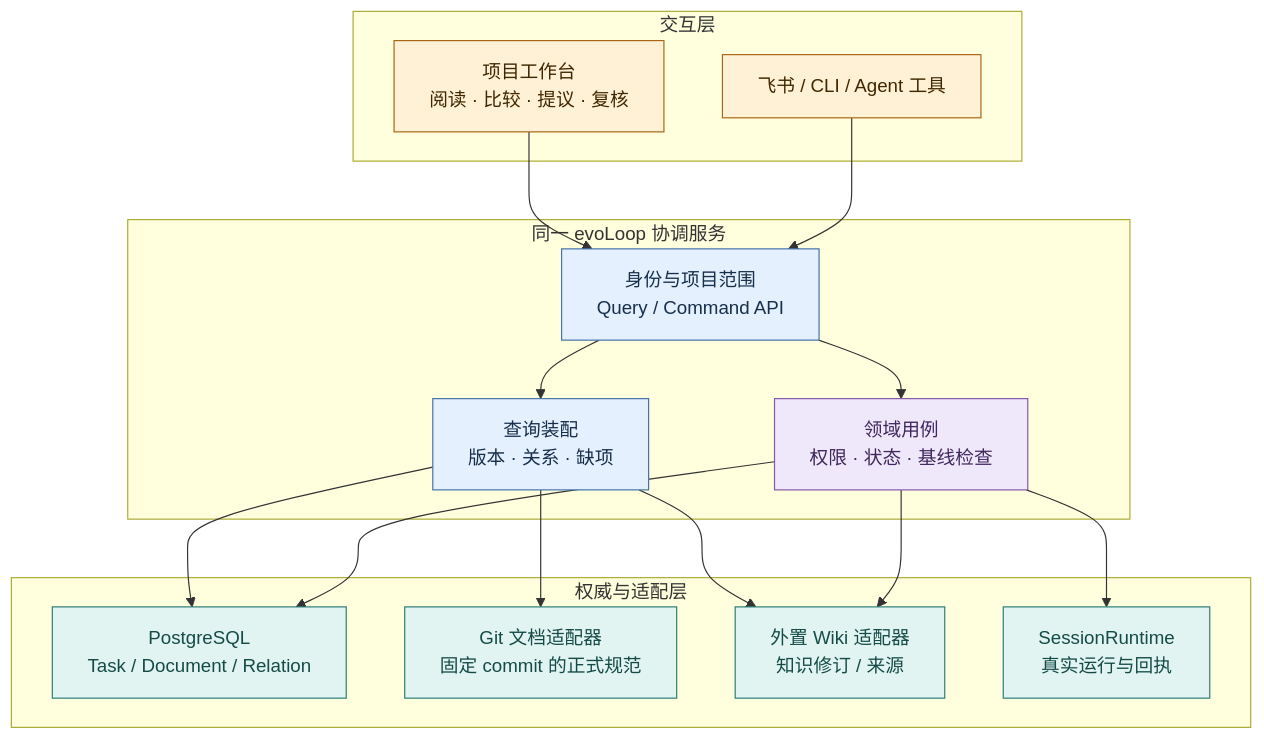
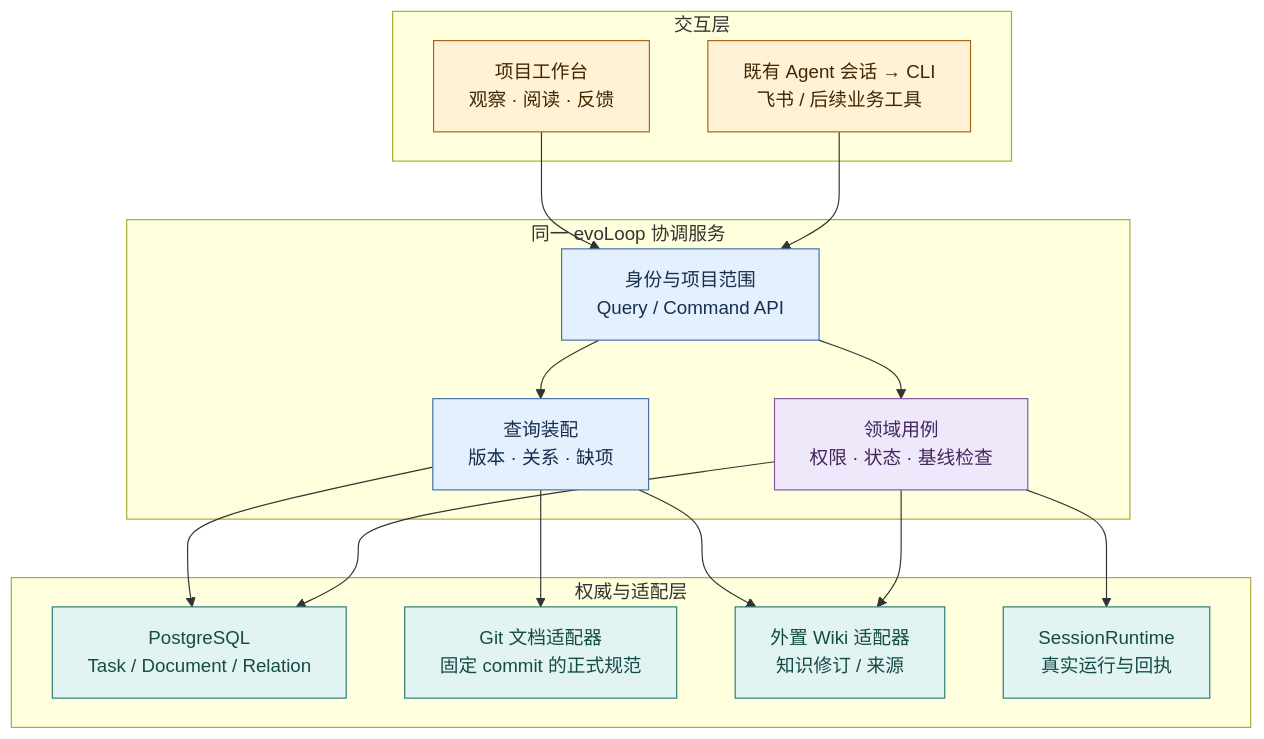
The first of 2 diagrams in docs/architecture/frontend.md (cyl19970726/evoLoop), drawn with Mermaid before and after one commit. The commit also changed other lines of this file and 35 other files, not shown here.

````diff
--- a/docs/architecture/frontend.md
+++ b/docs/architecture/frontend.md
@@ -13,32 +15,32 @@
 ```mermaid
 flowchart TB
   subgraph entry["交互层"]
-    UI["项目工作台<br/>阅读 · 比较 · 提议 · 复核"]:::ui
-    Other["飞书 / CLI / Agent 工具"]:::ui
+    UI["项目工作台<br/>观察 · 阅读 · 反馈"]:::ui
+    Other["既有 Agent 会话 → CLI<br/>飞书 / 后续业务工具"]:::ui
   end
   subgraph application["同一 evoLoop 协调服务"]
     API["身份与项目范围<br/>Query / Command API"]:::api
     Q["查询装配<br/>版本 · 关系 · 缺项"]:::api
     C["领域用例<br/>权限 · 状态 · 基线检查"]:::core
   end
   subgraph sources["权威与适配层"]
     PG["PostgreSQL<br/>Task / Document / Relation"]:::data
     Git["Git 文档适配器<br/>固定 commit 的正式规范"]:::data
     Wiki["外置 Wiki 适配器<br/>知识修订 / 来源"]:::data
     Run["SessionRuntime<br/>真实运行与回执"]:::data
   end
   UI --> API
   Other --> API
   API --> Q
   API --> C
   Q --> PG
   Q --> Git
   Q --> Wiki
   C --> PG
   C --> Run
   C --> Wiki
   classDef ui fill:#FFF1D6,stroke:#A86412,color:#402700
   classDef api fill:#E5F0FF,stroke:#4270A8,color:#172F4B
   classDef core fill:#EFE7FA,stroke:#8056A8,color:#40275D
   classDef data fill:#E2F4F2,stroke:#297A73,color:#154B47
 ```
````
